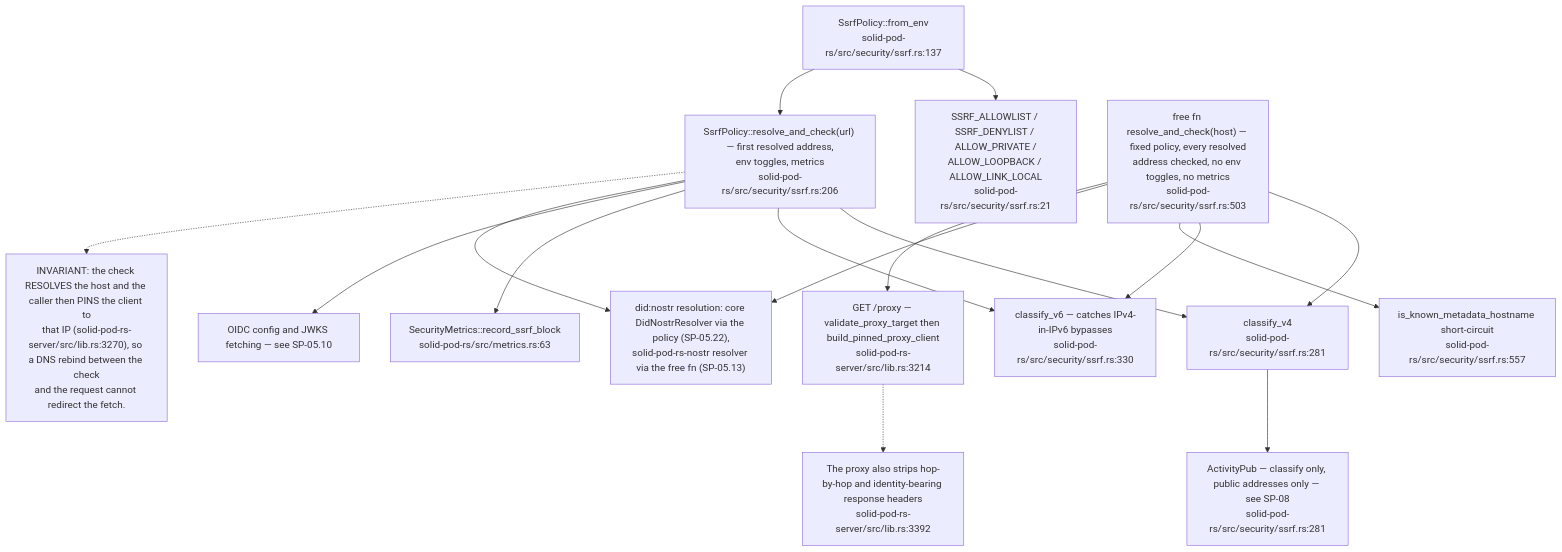
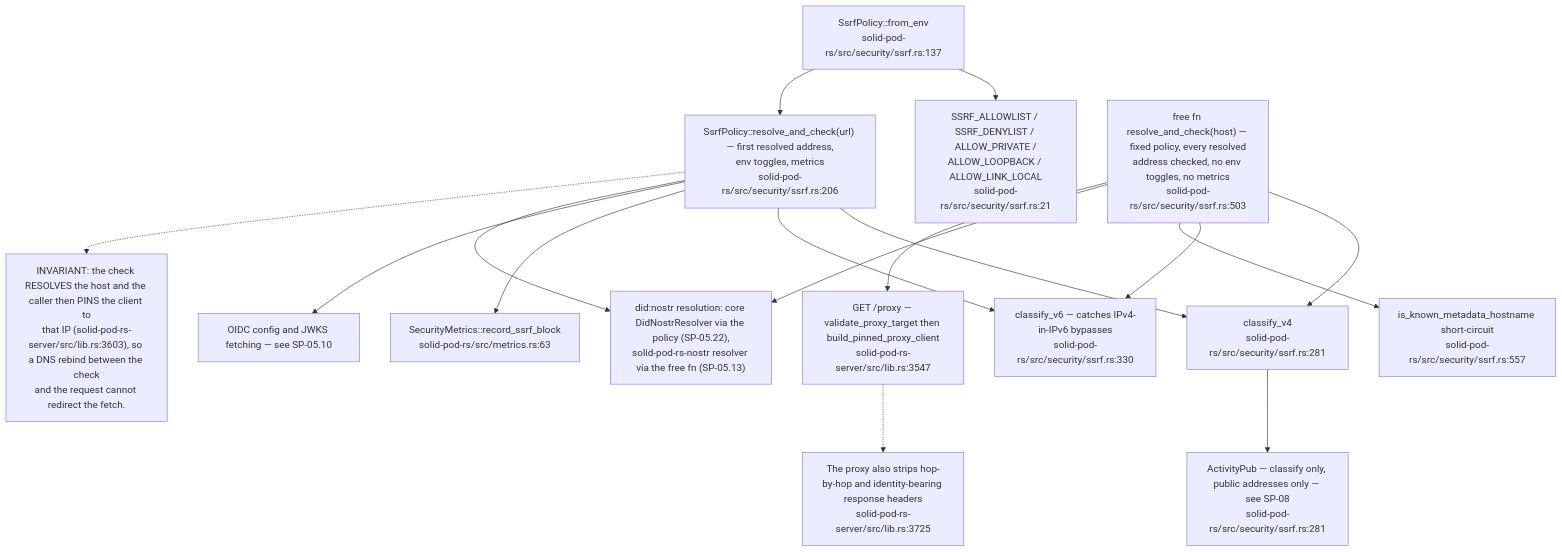
Before and after one commit to DreamLab-AI/VisionFlow: the eighth of 11 diagrams in docs/diagrams/solid-pod-rs/06-storage-quota-and-git-pods.md, drawn with Mermaid. The commit also changed other lines of this file and 59 other files, not shown here.

First line of the commit message:
docs(diagrams): re-derive and re-stamp forum, website, pod, ontomark and sealmap topics

````diff
--- a/docs/diagrams/solid-pod-rs/06-storage-quota-and-git-pods.md
+++ b/docs/diagrams/solid-pod-rs/06-storage-quota-and-git-pods.md
@@ -232,33 +235,33 @@
 ```mermaid
 flowchart TD
     P["SsrfPolicy::from_env<br/>solid-pod-rs/src/security/ssrf.rs:137"]
     ENV["SSRF_ALLOWLIST / SSRF_DENYLIST / ALLOW_PRIVATE /<br/>ALLOW_LOOPBACK / ALLOW_LINK_LOCAL<br/>solid-pod-rs/src/security/ssrf.rs:21"]
     RC["SsrfPolicy::resolve_and_check(url) — first resolved address,<br/>env toggles, metrics<br/>solid-pod-rs/src/security/ssrf.rs:206"]
     C4["classify_v4<br/>solid-pod-rs/src/security/ssrf.rs:281"]
     C6["classify_v6 — catches IPv4-in-IPv6 bypasses<br/>solid-pod-rs/src/security/ssrf.rs:330"]
     FREE["free fn resolve_and_check(host) — fixed policy, every resolved<br/>address checked, no env toggles, no metrics<br/>solid-pod-rs/src/security/ssrf.rs:503"]
     META["is_known_metadata_hostname short-circuit<br/>solid-pod-rs/src/security/ssrf.rs:557"]
     M["SecurityMetrics::record_ssrf_block<br/>solid-pod-rs/src/metrics.rs:63"]
     USE1["OIDC config and JWKS fetching — see SP-05.10"]
     USE2["did:nostr resolution: core DidNostrResolver via the policy (SP-05.22),<br/>solid-pod-rs-nostr resolver via the free fn (SP-05.13)"]
-    USE3["GET /proxy — validate_proxy_target then build_pinned_proxy_client<br/>solid-pod-rs-server/src/lib.rs:3214"]
+    USE3["GET /proxy — validate_proxy_target then build_pinned_proxy_client<br/>solid-pod-rs-server/src/lib.rs:3547"]
     USE4["ActivityPub — classify only, public addresses only — see SP-08<br/>solid-pod-rs/src/security/ssrf.rs:281"]
 
     P --> ENV
     P --> RC --> C4
     RC --> C6
     RC --> M
     FREE --> C4
     FREE --> C6
     FREE --> META
     RC --> USE1
     RC --> USE2
     FREE --> USE2
     FREE --> USE3
     C4 --> USE4
 
-    N["INVARIANT: the check RESOLVES the host and the caller then PINS the client to<br/>that IP (solid-pod-rs-server/src/lib.rs:3270), so a DNS rebind between the check<br/>and the request cannot redirect the fetch."]
+    N["INVARIANT: the check RESOLVES the host and the caller then PINS the client to<br/>that IP (solid-pod-rs-server/src/lib.rs:3603), so a DNS rebind between the check<br/>and the request cannot redirect the fetch."]
     RC -.-> N
-    N2["The proxy also strips hop-by-hop and identity-bearing response headers<br/>solid-pod-rs-server/src/lib.rs:3392"]
+    N2["The proxy also strips hop-by-hop and identity-bearing response headers<br/>solid-pod-rs-server/src/lib.rs:3725"]
     USE3 -.-> N2
 ```
````
